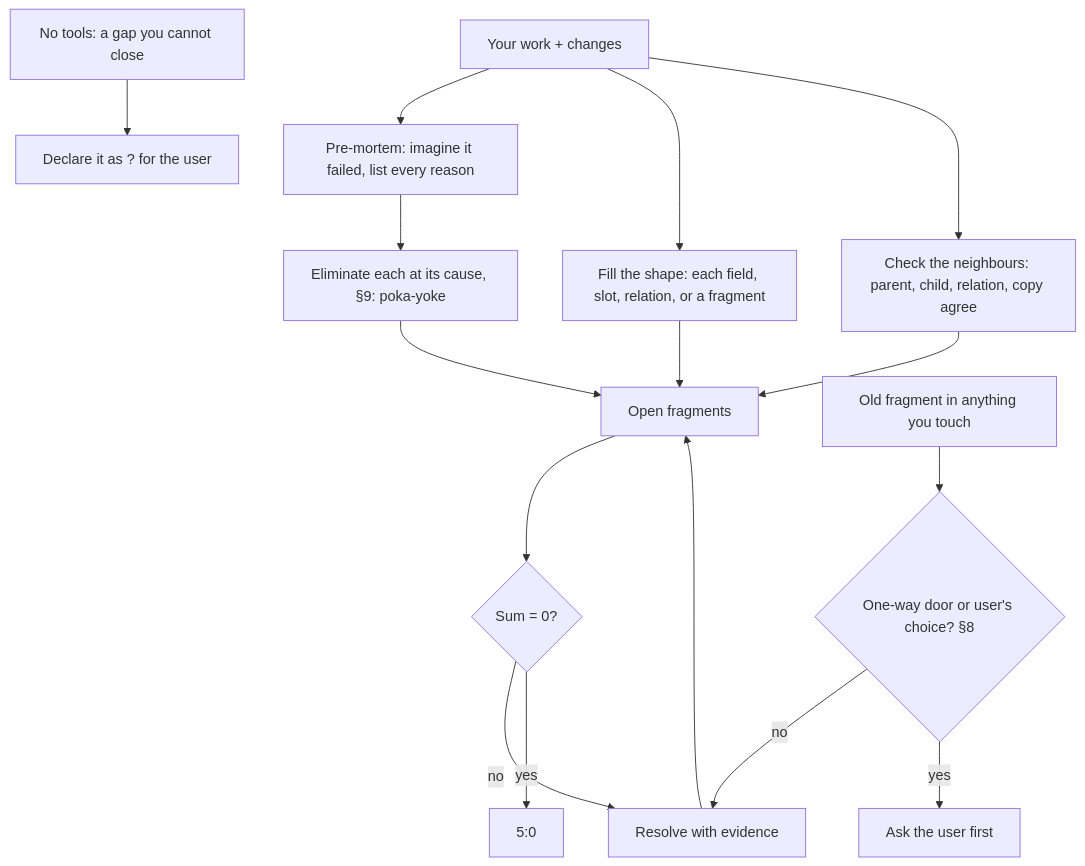
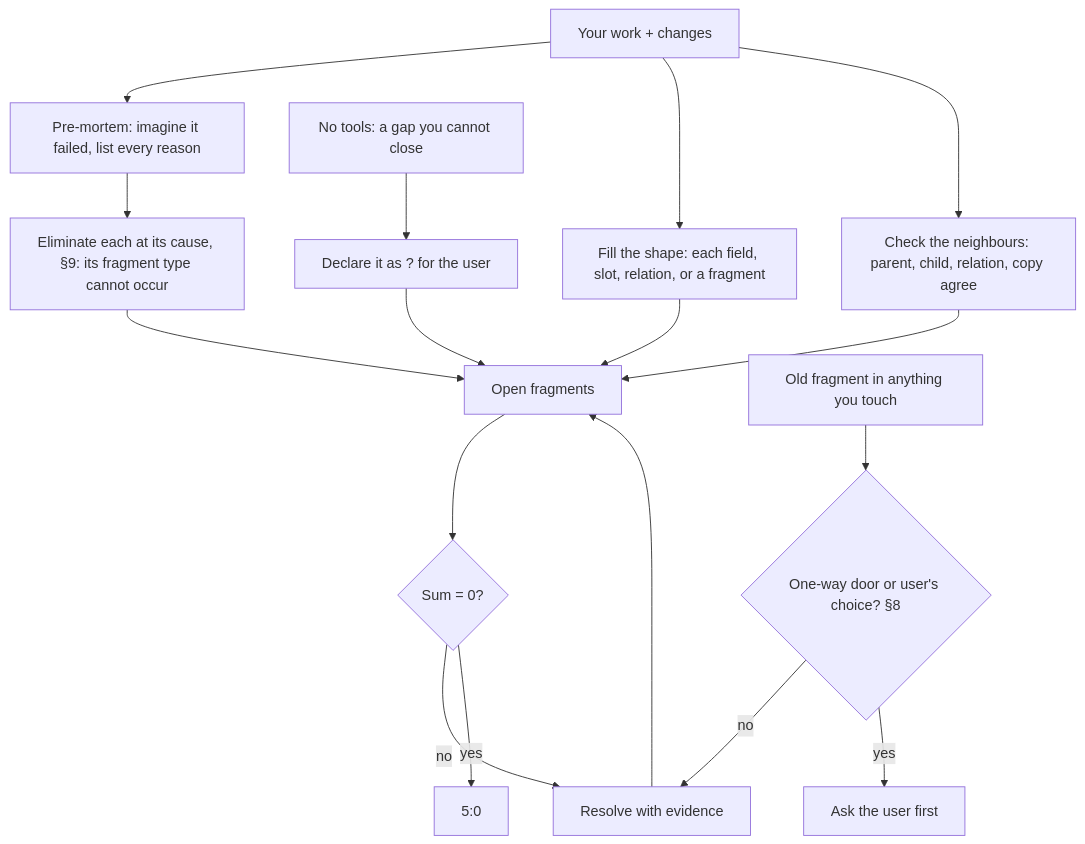
The second of 14 diagrams in AGENTS.md (SolenixAI/arbiter), drawn with Mermaid before and after one commit. The commit also changed other lines of this file, not shown here.

````diff
--- a/AGENTS.md
+++ b/AGENTS.md
@@ -83,12 +84,12 @@
 ```mermaid
 flowchart TD
-  W[Your work + changes] --> PM[Pre-mortem: imagine it failed, list every reason] --> P[Eliminate each at its cause, §9: poka-yoke] --> L[Open fragments] --> C{Sum = 0?}
+  W[Your work + changes] --> PM[Pre-mortem: imagine it failed, list every reason] --> P[Eliminate each at its cause, §9: its fragment type cannot occur] --> L[Open fragments] --> C{Sum = 0?}
   C -->|no| F[Resolve with evidence] --> L
   W --> SH[Fill the shape: each field, slot, relation, or a fragment] --> L
   W --> NB[Check the neighbours: parent, child, relation, copy agree] --> L
   C -->|yes| D[5:0]
   O[Old fragment in anything you touch] --> OW{One-way door or user's choice? §8}
   OW -->|no| F
   OW -->|yes| UA[Ask the user first]
-  NT[No tools: a gap you cannot close] --> X["Declare it as ? for the user"]
+  NT[No tools: a gap you cannot close] --> X["Declare it as ? for the user"] --> L
 ```
````
